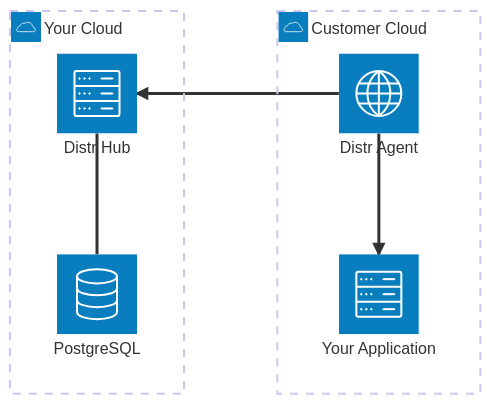
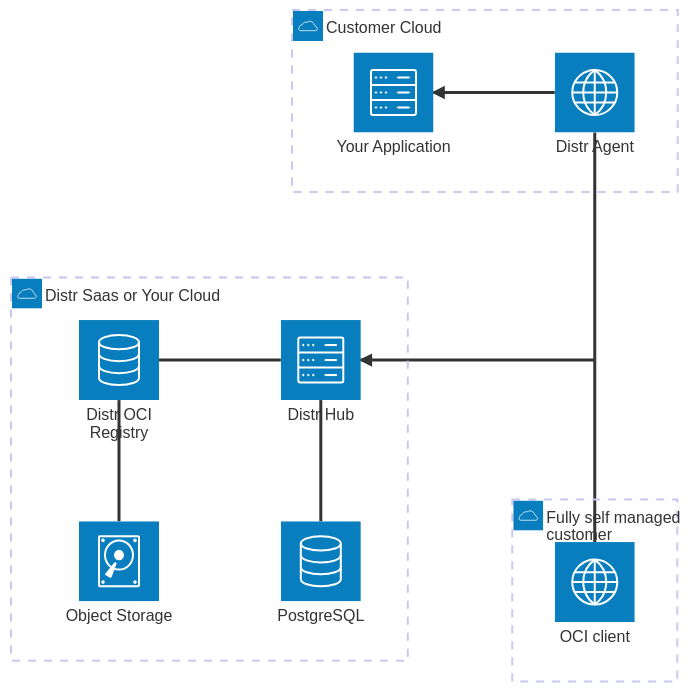
The diagram in README.md (glasskube/distr), drawn with Mermaid before and after one commit. The commit also changed other lines of this file, not shown here.

Commit message:
docs: add registry to README.md

````diff
--- a/README.md
+++ b/README.md
@@ -45,13 +47,26 @@
 ```mermaid
 architecture-beta
-    group ctrl(cloud)[Your Cloud]
+    group ctrl(cloud)[Distr Saas or Your Cloud]
+    service hub(server)[Distr Hub] in ctrl
     service db(database)[PostgreSQL] in ctrl
-    service hub(server)[Distr Hub] in ctrl
+    service oci(database)[Distr OCI Registry] in ctrl
+    service s3(disk)[Object Storage] in ctrl
+    oci:R -- L:hub
     db:T -- B:hub
+    oci:B -- T:s3
 
-    group customer(cloud)[Customer Cloud]
-    service app(server)[Your Application] in customer
-    service agent(internet)[Distr Agent] in customer
-    agent:L --> R:hub
-    app:T <-- B:agent
+    junction customerjunction
+
+    hub:R <-- L:customerjunction
+    customerjunction:T -- B:agent
+    customerjunction:B -- T:client
+
+
+    group agentcustomer(cloud)[Customer Cloud]
+    service agent(internet)[Distr Agent] in agentcustomer
+    service app(server)[Your Application] in agentcustomer
+    agent:L --> R:app
+
+    group ocicustomer(cloud)[Fully self managed customer]
+    service client(internet)[OCI client] in ocicustomer
 ```
````
